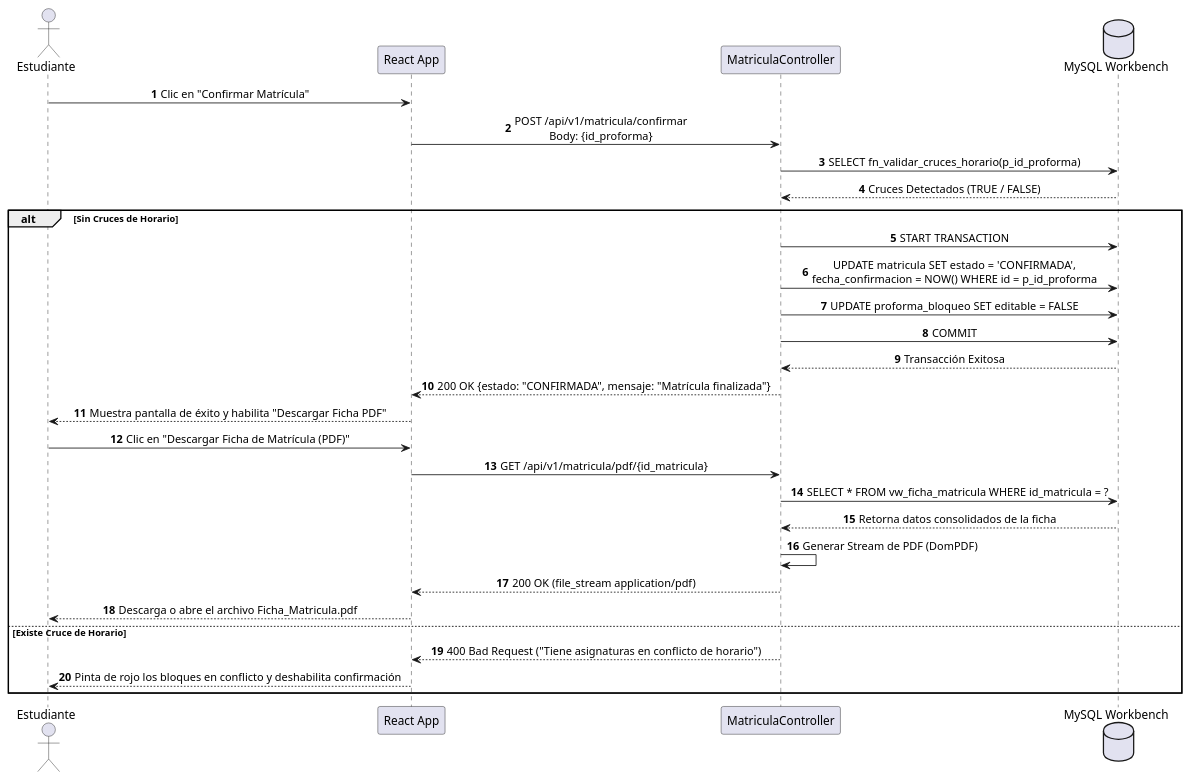
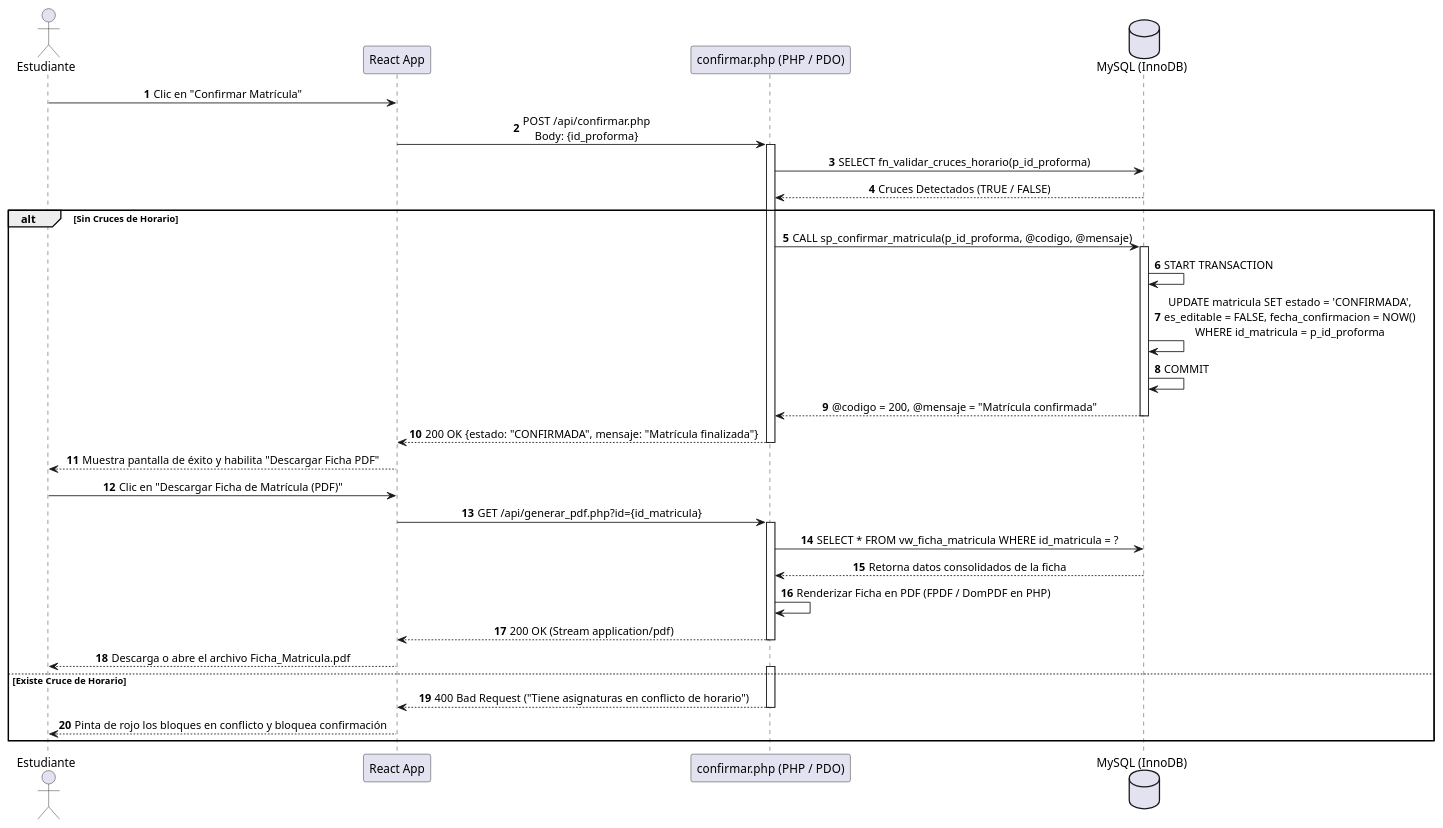
One commit to jsondev999/sistema-matricula changed the diagram in diagramas/secuencia/validacion.puml. Above: the diagram before and after it, drawn with PlantUML. The commit also changed 7 other files, not shown here.

Commit message:
Actualiza diagrama de secuencia

```diff
--- a/diagramas/secuencia/validacion.puml
+++ b/diagramas/secuencia/validacion.puml
@@ -1,37 +1,45 @@
 @startuml validacion
 autonumber
 skinparam SequenceMessageAlignment center
 
 actor "Estudiante" as Client
 participant "React App" as React
-participant "MatriculaController" as Controller
-database "MySQL Workbench" as DB
+participant "confirmar.php (PHP / PDO)" as Controller
+database "MySQL (InnoDB)" as DB
 
 Client -> React: Clic en "Confirmar Matrícula"
-React -> Controller: POST /api/v1/matricula/confirmar\nBody: {id_proforma}
+React -> Controller: POST /api/confirmar.php\nBody: {id_proforma}
+activate Controller
 
 Controller -> DB: SELECT fn_validar_cruces_horario(p_id_proforma)
 DB --> Controller: Cruces Detectados (TRUE / FALSE)
 
 alt Sin Cruces de Horario
-    Controller -> DB: START TRANSACTION
-    Controller -> DB: UPDATE matricula SET estado = 'CONFIRMADA',\nfecha_confirmacion = NOW() WHERE id = p_id_proforma
-    Controller -> DB: UPDATE proforma_bloqueo SET editable = FALSE
-    Controller -> DB: COMMIT
-    DB --> Controller: Transacción Exitosa
+    Controller -> DB: CALL sp_confirmar_matricula(p_id_proforma, @codigo, @mensaje)
+    activate DB
+        DB -> DB: START TRANSACTION
+        DB -> DB: UPDATE matricula SET estado = 'CONFIRMADA',\nes_editable = FALSE, fecha_confirmacion = NOW()\nWHERE id_matricula = p_id_proforma
+        DB -> DB: COMMIT
+        DB --> Controller: @codigo = 200, @mensaje = "Matrícula confirmada"
+    deactivate DB
     
     Controller --> React: 200 OK {estado: "CONFIRMADA", mensaje: "Matrícula finalizada"}
+    deactivate Controller
     React --> Client: Muestra pantalla de éxito y habilita "Descargar Ficha PDF"
     
     Client -> React: Clic en "Descargar Ficha de Matrícula (PDF)"
-    React -> Controller: GET /api/v1/matricula/pdf/{id_matricula}
+    React -> Controller: GET /api/generar_pdf.php?id={id_matricula}
+    activate Controller
     Controller -> DB: SELECT * FROM vw_ficha_matricula WHERE id_matricula = ?
     DB --> Controller: Retorna datos consolidados de la ficha
-    Controller -> Controller: Generar Stream de PDF (DomPDF)
-    Controller --> React: 200 OK (file_stream application/pdf)
+    Controller -> Controller: Renderizar Ficha en PDF (FPDF / DomPDF en PHP)
+    Controller --> React: 200 OK (Stream application/pdf)
+    deactivate Controller
     React --> Client: Descarga o abre el archivo Ficha_Matricula.pdf
 else Existe Cruce de Horario
+    activate Controller
     Controller --> React: 400 Bad Request ("Tiene asignaturas en conflicto de horario")
-    React --> Client: Pinta de rojo los bloques en conflicto y deshabilita confirmación
+    deactivate Controller
+    React --> Client: Pinta de rojo los bloques en conflicto y bloquea confirmación
 end
 @enduml
```
